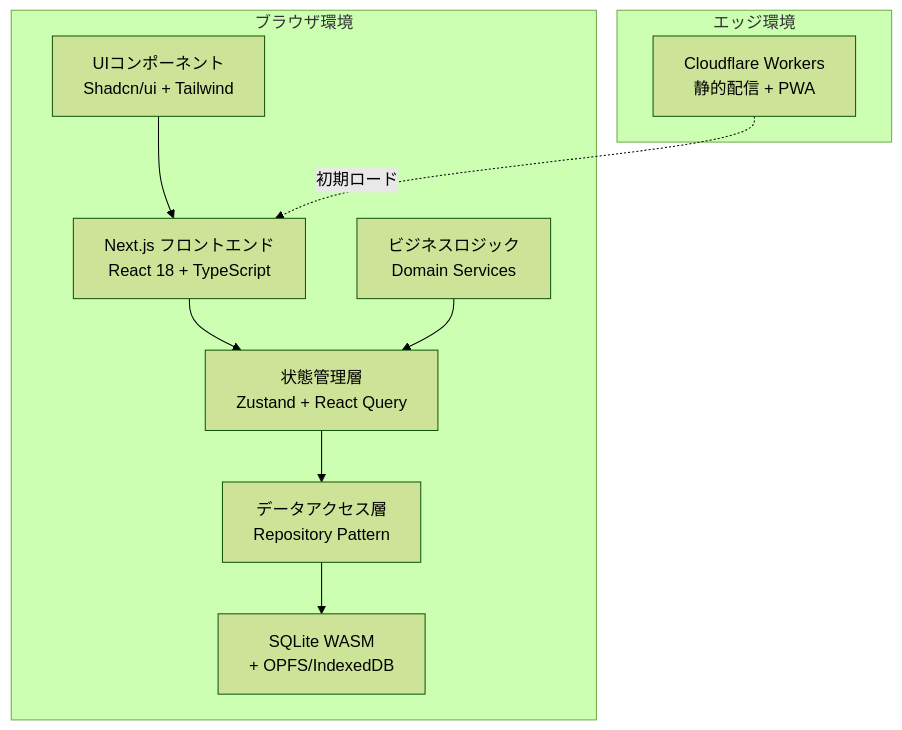
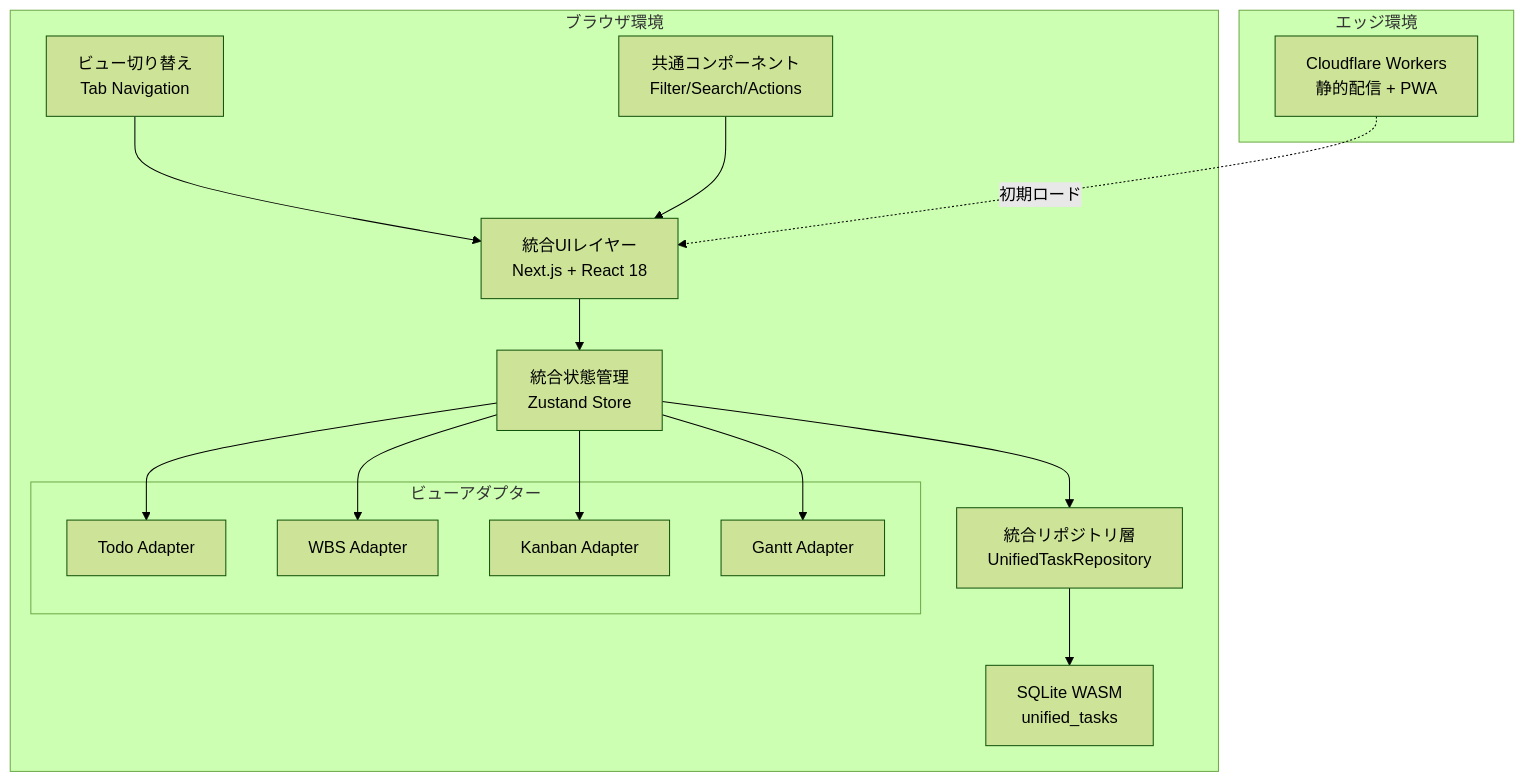
The first of 6 diagrams in .kiro/specs/productivity-tools-suite/design.md (taku2365/yorozuya), drawn with Mermaid (forest theme) before and after one commit. The commit also changed other lines of this file and 42 other files, not shown here.

````diff
--- a/.kiro/specs/productivity-tools-suite/design.md
+++ b/.kiro/specs/productivity-tools-suite/design.md
@@ -25,17 +27,29 @@
 ```mermaid
 graph TB
     subgraph "ブラウザ環境"
-        A[Next.js フロントエンド<br/>React 18 + TypeScript] --> B[状態管理層<br/>Zustand + React Query]
-        B --> C[データアクセス層<br/>Repository Pattern]
-        C --> D[SQLite WASM<br/>+ OPFS/IndexedDB]
+        A[統合UIレイヤー<br/>Next.js + React 18] --> B[統合状態管理<br/>Zustand Store]
+        B --> C[統合リポジトリ層<br/>UnifiedTaskRepository]
+        C --> D[SQLite WASM<br/>unified_tasks]
         
-        E[UIコンポーネント<br/>Shadcn/ui + Tailwind] --> A
-        F[ビジネスロジック<br/>Domain Services] --> B
+        E[ビュー切り替え<br/>Tab Navigation] --> A
+        F[共通コンポーネント<br/>Filter/Search/Actions] --> A
+        
+        subgraph "ビューアダプター"
+            G[Todo Adapter]
+            H[WBS Adapter]
+            I[Kanban Adapter]
+            J[Gantt Adapter]
+        end
+        
+        B --> G
+        B --> H
+        B --> I
+        B --> J
     end
     
     subgraph "エッジ環境"
-        G[Cloudflare Workers<br/>静的配信 + PWA]
+        K[Cloudflare Workers<br/>静的配信 + PWA]
     end
     
-    G -.初期ロード.-> A
+    K -.初期ロード.-> A
 ```
````
